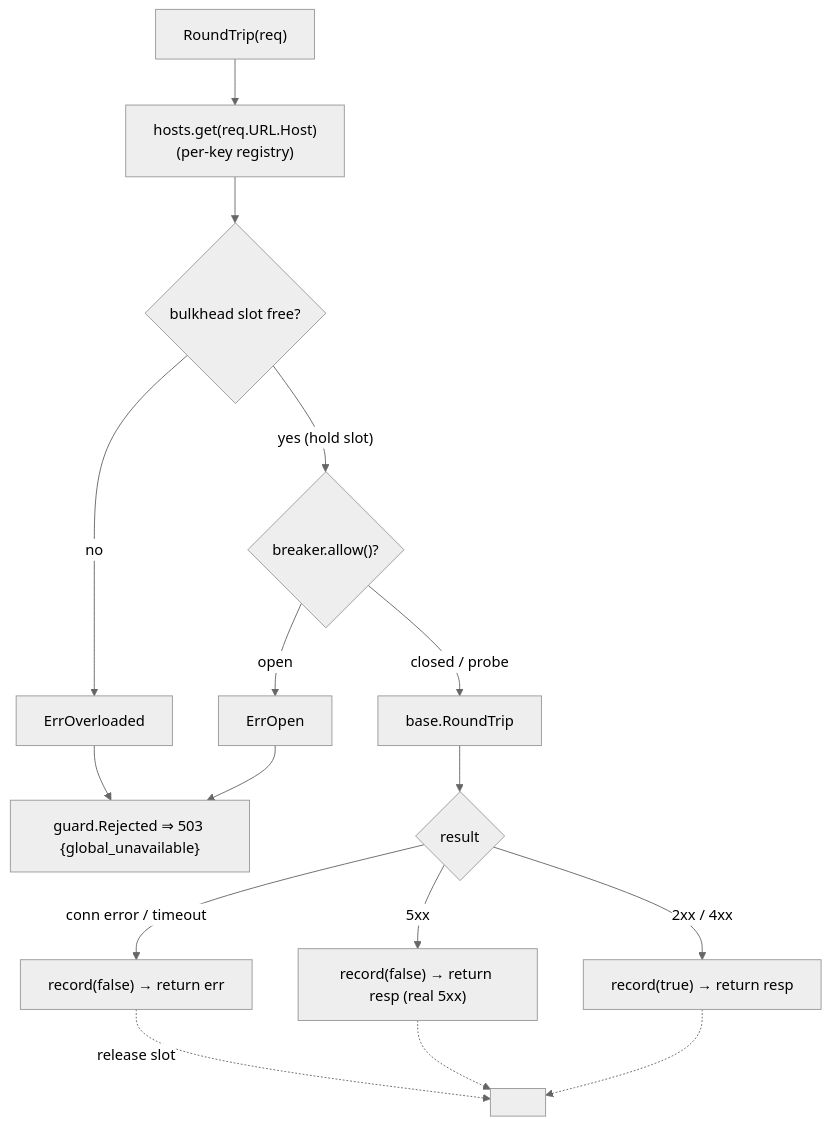
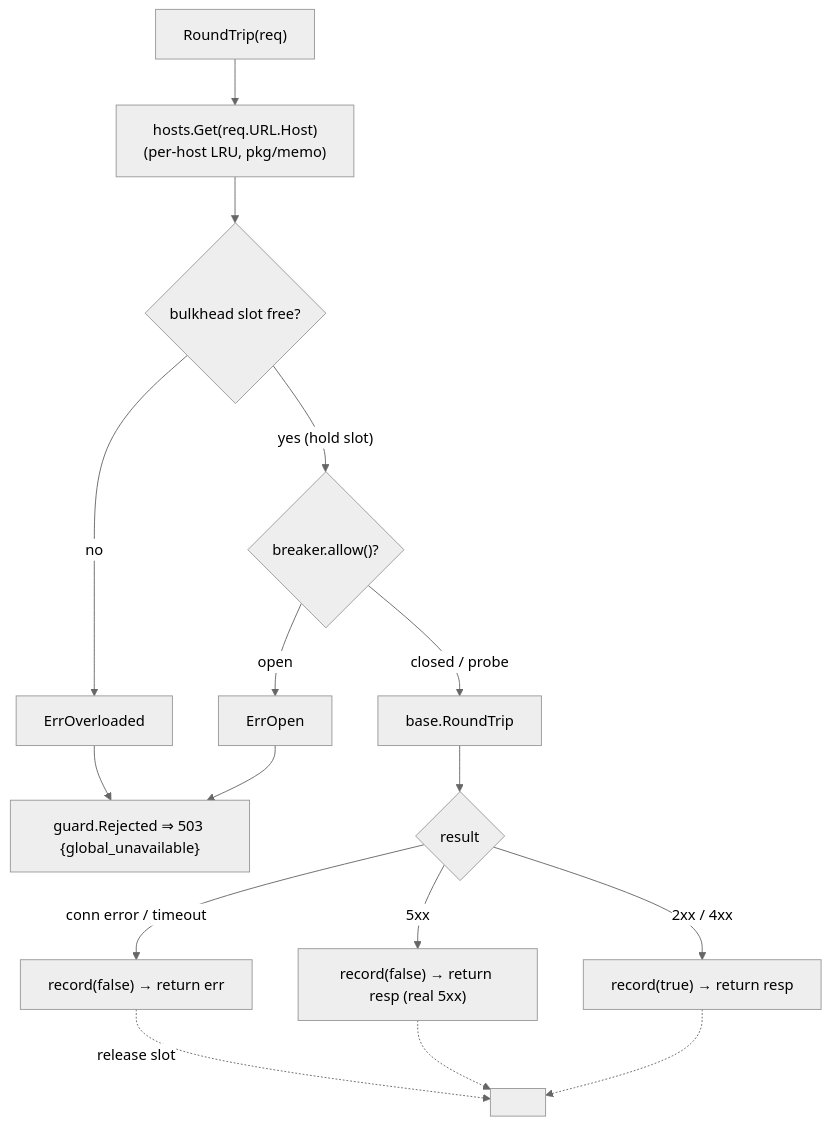
The third of 6 diagrams in api/README.md (thinkonmay/global-proxy), drawn with Mermaid (neutral theme) before and after one commit. The commit also changed other lines of this file and 9 other files, not shown here.

Commit message:
add Kong-style routes for pg-meta, studio, graphql

````diff
--- a/api/README.md
+++ b/api/README.md
@@ -119,18 +120,18 @@
 ```mermaid
 flowchart TD
-    In["RoundTrip(req)"] --> Host["hosts.get(req.URL.Host)<br/>(per-key registry)"]
+    In["RoundTrip(req)"] --> Host["hosts.Get(req.URL.Host)<br/>(per-host LRU, pkg/memo)"]
     Host --> Slot{"bulkhead slot free?"}
     Slot -->|"no"| Over["ErrOverloaded"]
     Slot -->|"yes (hold slot)"| CB{"breaker.allow()?"}
     CB -->|"open"| OpenErr["ErrOpen"]
     CB -->|"closed / probe"| Base["base.RoundTrip"]
     Base --> R{"result"}
     R -->|"conn error / timeout"| Fail["record(false) → return err"]
     R -->|"5xx"| Five["record(false) → return resp (real 5xx)"]
     R -->|"2xx / 4xx"| OK["record(true) → return resp"]
     Over --> Rej["guard.Rejected ⇒ 503 {global_unavailable}"]
     OpenErr --> Rej
     Fail -.->|"release slot"| End[" "]
     Five -.-> End
     OK -.-> End
 ```
````
